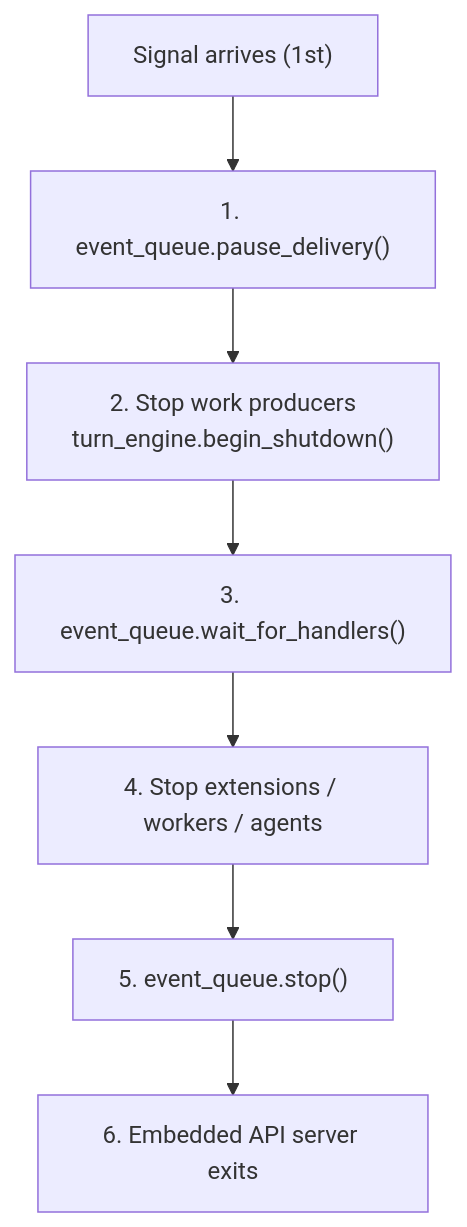
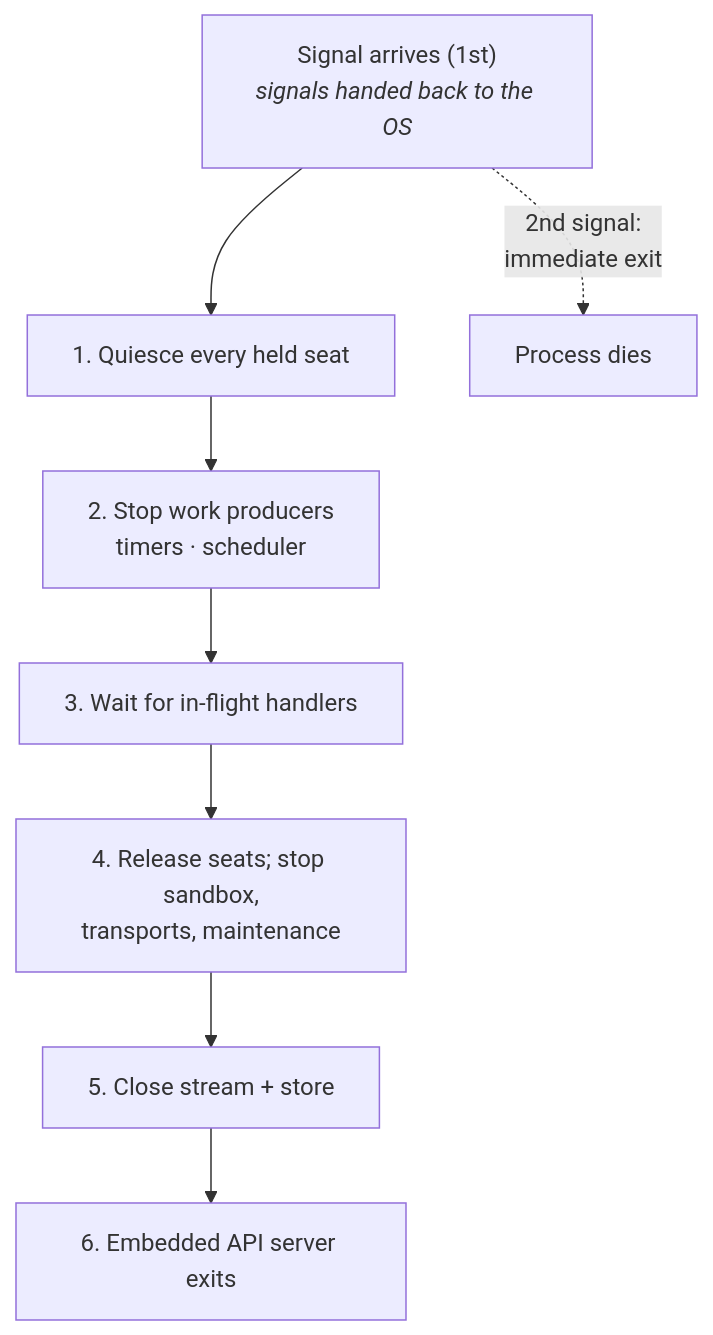
One commit to crewlet/crewlet changed the fourth of 4 diagrams in docs/concepts/agent-runtime.md. Above: the diagram before and after it, drawn with Mermaid. The commit also changed other lines of this file and 23 other files, not shown here.

````diff
--- a/docs/concepts/agent-runtime.md
+++ b/docs/concepts/agent-runtime.md
@@ -234,10 +230,11 @@
 ```mermaid
 flowchart TD
-    SIG["Signal arrives (1st)"] --> S1
-    S1["1. event_queue.pause_delivery()"] --> S2
-    S2["2. Stop work producers<br/>turn_engine.begin_shutdown()"] --> S3
-    S3["3. event_queue.wait_for_handlers()"] --> S4
-    S4["4. Stop extensions / workers / agents"] --> S5
-    S5["5. event_queue.stop()"] --> S6
+    SIG["Signal arrives (1st)<br/><i>signals handed back to the OS</i>"] --> S1
+    S1["1. Quiesce every held seat"] --> S2
+    S2["2. Stop work producers<br/>timers · scheduler"] --> S3
+    S3["3. Wait for in-flight handlers"] --> S4
+    S4["4. Release seats; stop sandbox,<br/>transports, maintenance"] --> S5
+    S5["5. Close stream + store"] --> S6
     S6["6. Embedded API server exits"]
+    SIG -.->|"2nd signal:<br/>immediate exit"| X["Process dies"]
 ```
````
